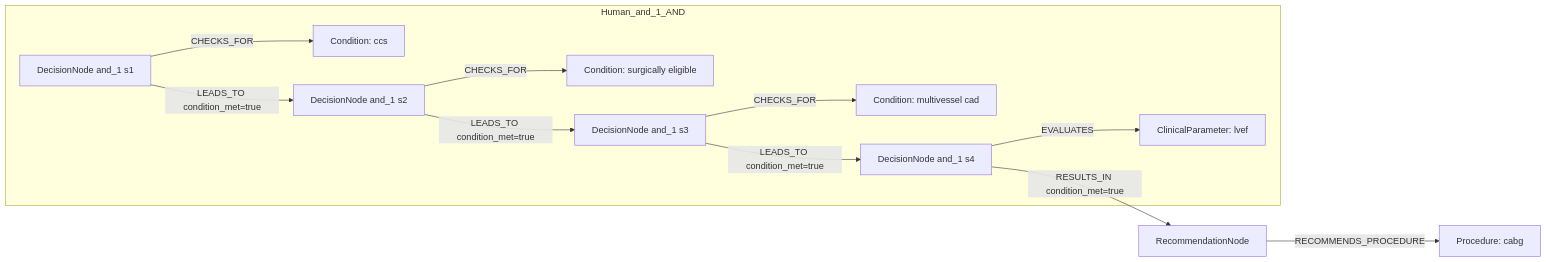
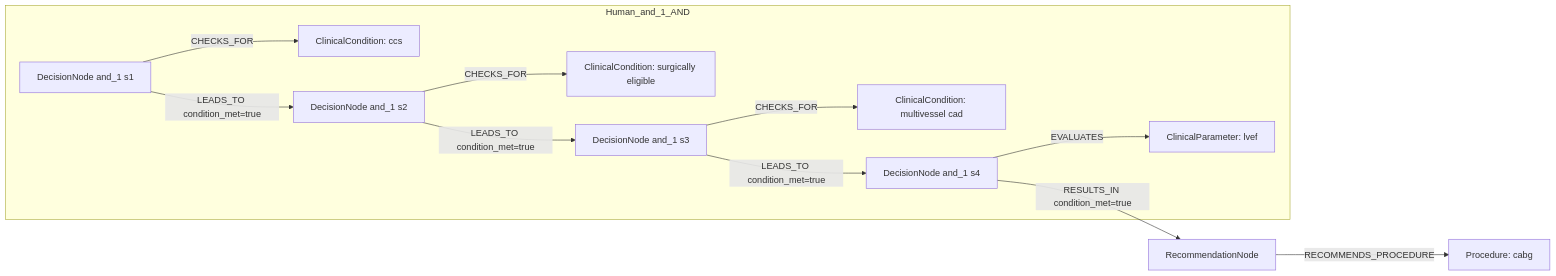
The first of 2 diagrams in docs/table22_rows_comparison/row_10.md (dieterich-lab/CardioGuidelinesGraph), drawn with Mermaid before and after one commit. The commit also changed other lines of this file and 20 other files, not shown here.

````diff
--- a/docs/table22_rows_comparison/row_10.md
+++ b/docs/table22_rows_comparison/row_10.md
@@ -395,24 +323,24 @@
 ```mermaid
 graph LR
   REC[RecommendationNode]
   ACT1[Procedure: cabg]
   REC -->|RECOMMENDS_PROCEDURE| ACT1
   subgraph Human_and_1_AND
     D_and_1_1[DecisionNode and_1 s1]
-    C_and_1_1[Condition: ccs]
+    C_and_1_1[ClinicalCondition: ccs]
     D_and_1_1 -->|CHECKS_FOR| C_and_1_1
     D_and_1_2[DecisionNode and_1 s2]
-    C_and_1_2[Condition: surgically eligible]
+    C_and_1_2[ClinicalCondition: surgically eligible]
     D_and_1_2 -->|CHECKS_FOR| C_and_1_2
     D_and_1_3[DecisionNode and_1 s3]
-    C_and_1_3[Condition: multivessel cad]
+    C_and_1_3[ClinicalCondition: multivessel cad]
     D_and_1_3 -->|CHECKS_FOR| C_and_1_3
     D_and_1_4[DecisionNode and_1 s4]
     C_and_1_4[ClinicalParameter: lvef]
     D_and_1_4 -->|EVALUATES| C_and_1_4
     D_and_1_1 -->|LEADS_TO condition_met=true| D_and_1_2
     D_and_1_2 -->|LEADS_TO condition_met=true| D_and_1_3
     D_and_1_3 -->|LEADS_TO condition_met=true| D_and_1_4
   end
   D_and_1_4 -->|RESULTS_IN condition_met=true| REC
 ```
````
